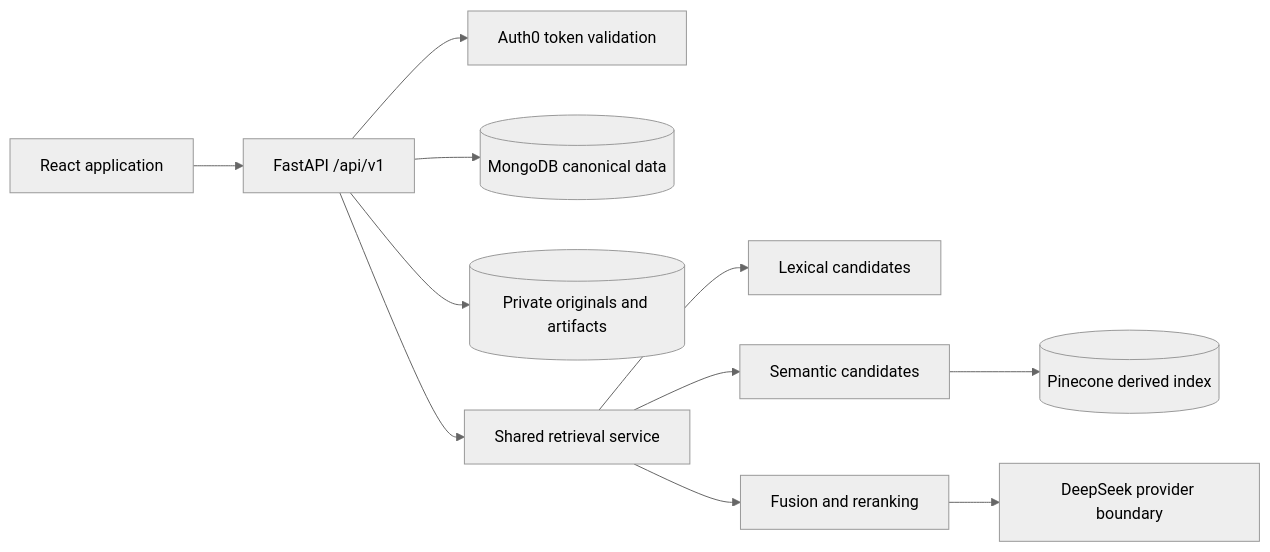
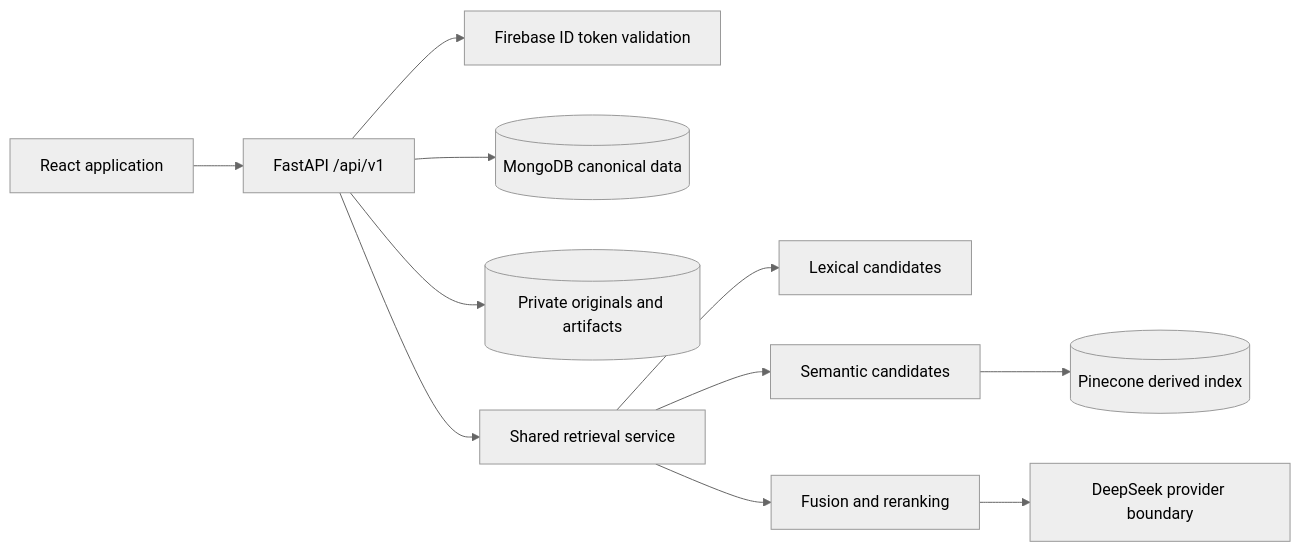
Before and after one commit to aarizmehdi/AJG-SOP: the diagram in docs/architecture/SYSTEM_ARCHITECTURE.md, drawn with Mermaid (neutral theme). The commit also changed other lines of this file and 35 other files, not shown here.

````diff
--- a/docs/architecture/SYSTEM_ARCHITECTURE.md
+++ b/docs/architecture/SYSTEM_ARCHITECTURE.md
@@ -5,13 +5,13 @@
 ```mermaid
 flowchart LR
   UI[React application] --> API[FastAPI /api/v1]
-  API --> AUTH[Auth0 token validation]
+  API --> AUTH[Firebase ID token validation]
   API --> MONGO[(MongoDB canonical data)]
   API --> S3[(Private originals and artifacts)]
   API --> RET[Shared retrieval service]
   RET --> LEX[Lexical candidates]
   RET --> SEM[Semantic candidates]
   SEM --> PC[(Pinecone derived index)]
   RET --> FUSE[Fusion and reranking]
   FUSE --> LLM[DeepSeek provider boundary]
 ```
````
